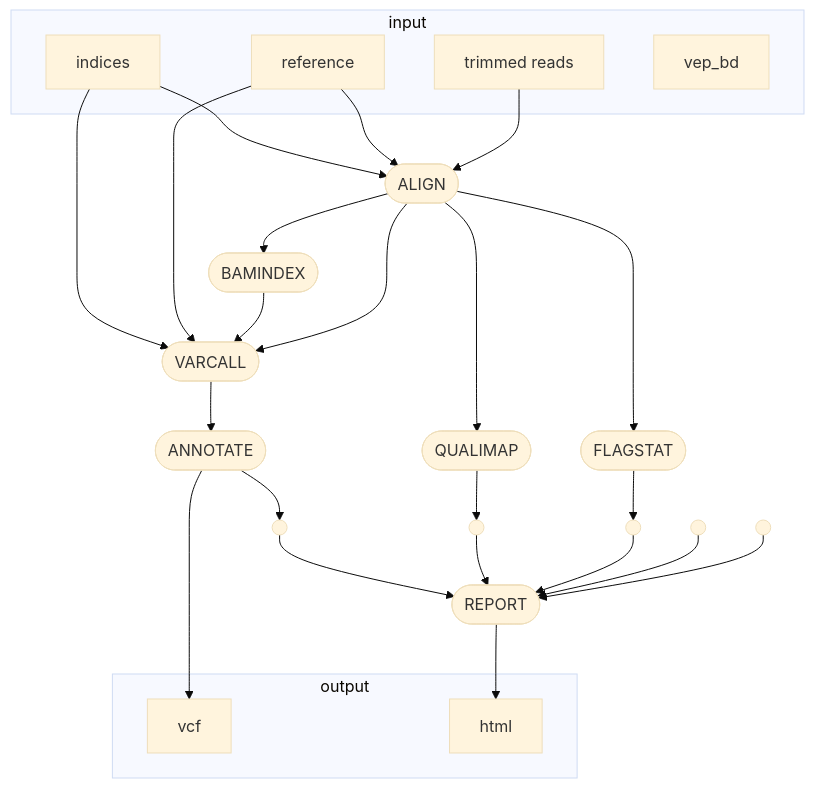
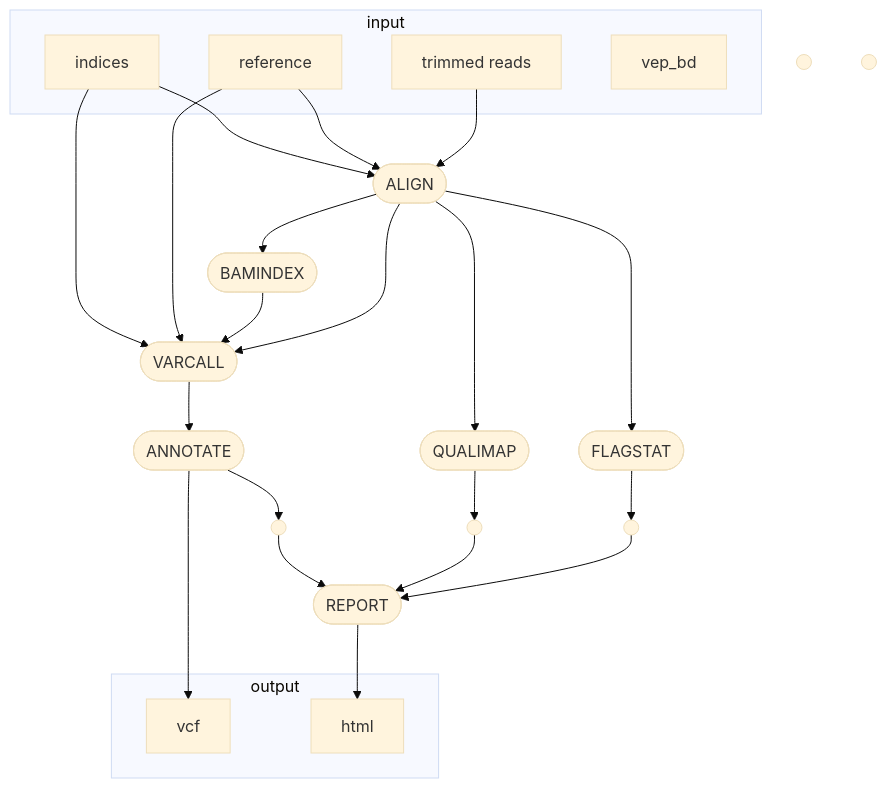
Before and after one commit to glebus-sasha/octopus_nf: the diagram in README.md, drawn with Mermaid.

````diff
--- a/README.md
+++ b/README.md
@@ -5,47 +5,46 @@
 ```mermaid
 %%{init: {'theme':'base'}}%%
 flowchart TB
     subgraph "input"
     v0["trimmed reads"]
     v1["reference"]
     v30["indices"]
     v31["vep_bd"]
     end
     subgraph "output"
     v18["vcf"]
     v25["html"]
     end
     v8([ALIGN])
     v9([FLAGSTAT])
     v10([QUALIMAP])
     v13([BAMINDEX])
     v14([VARCALL])
     v17([ANNOTATE])
     v24([REPORT])
     v19(( ))
     v20(( ))
     v21(( ))
     v22(( ))
     v23(( ))
     v0 --> v8
     v1 --> v8
     v30 --> v8
     v8 --> v9
     v8 --> v10
     v8 --> v13
     v8 --> v14
     v9 --> v21
     v10 --> v22
     v13 --> v14
     v1 --> v14
     v14 --> v17
     v17 --> v18
     v17 --> v23
-    v19 --> v24
-    v20 --> v24
+
     v30 --> v14
     v21 --> v24
     v22 --> v24
     v23 --> v24
     v24 --> v25
 ```
````
